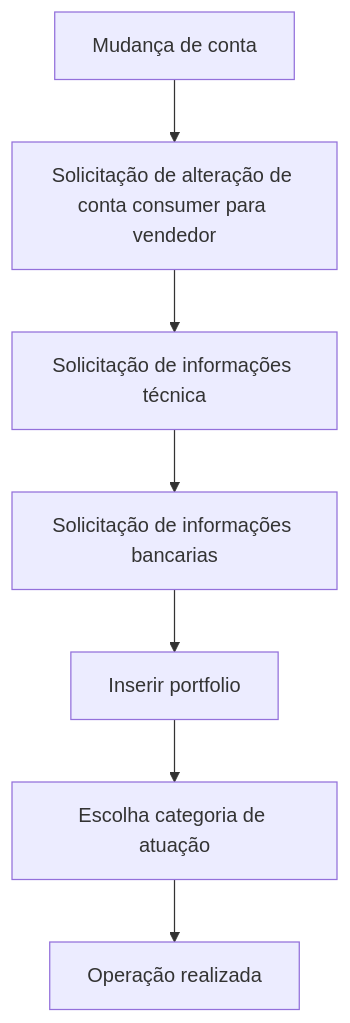
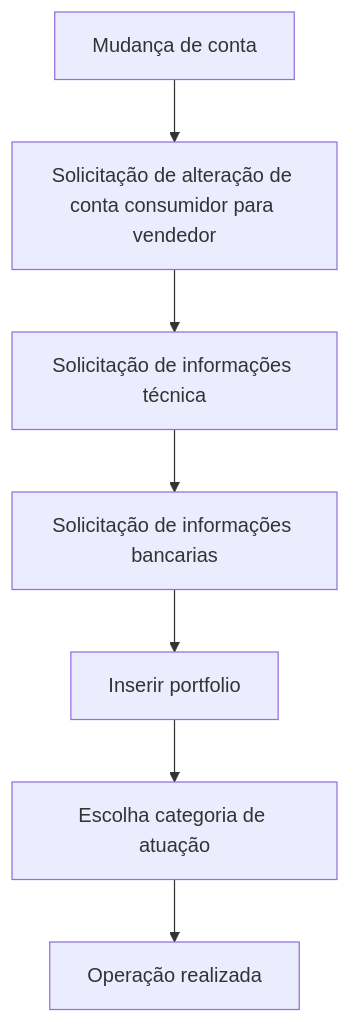
Before and after one commit to giovanni1351/EngenhariaDeSoftwareProjeto: the sixth of 6 diagrams in Lab/Lab1.md, drawn with Mermaid. The commit also changed other lines of this file, not shown here.

````diff
--- a/Lab/Lab1.md
+++ b/Lab/Lab1.md
@@ -135,10 +138,10 @@
 ```mermaid
 graph TD;
 
-    A[Mudança de conta] --> B[Solicitação de alteração de conta consumer para vendedor]
+    A[Mudança de conta] --> B[Solicitação de alteração de conta consumidor para vendedor]
     B --> C[Solicitação de informações técnica]
     C --> D[Solicitação de informações bancarias]
     D --> E[Inserir portfolio]
     E --> F[Escolha categoria de atuação]
     F --> G[Operação realizada]
 ```
````
